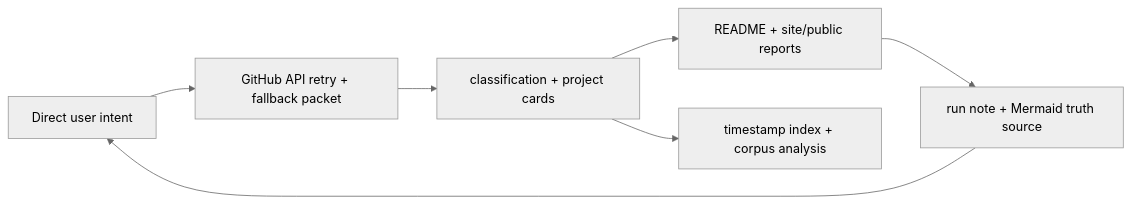
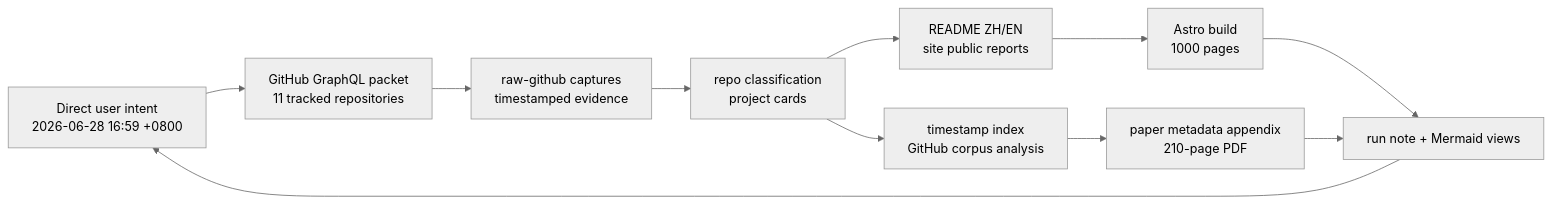
The diagram in .mermaid/current/graph.mmd (Shiyao-Huang/awesome-agent-evolution), drawn with Mermaid (neutral theme) before and after one commit. The commit also changed 54 other files, not shown here.

Commit message:
data: refresh hourly public metadata 2026-06-28 1659

```diff
--- a/.mermaid/current/graph.mmd
+++ b/.mermaid/current/graph.mmd
@@ -1,7 +1,11 @@
 flowchart LR
-  intent["Direct user intent"] --> raw["GitHub API retry + fallback packet"]
-  raw --> processed["classification + project cards"]
-  processed --> public["README + site/public reports"]
-  processed --> indexes["timestamp index + corpus analysis"]
-  public --> note["run note + Mermaid truth source"]
+  intent["Direct user intent<br/>2026-06-28 16:59 +0800"] --> raw["GitHub GraphQL packet<br/>11 tracked repositories"]
+  raw --> captures["raw-github captures<br/>timestamped evidence"]
+  captures --> processed["repo classification<br/>project cards"]
+  processed --> public["README ZH/EN<br/>site public reports"]
+  processed --> indexes["timestamp index<br/>GitHub corpus analysis"]
+  public --> site["Astro build<br/>1000 pages"]
+  indexes --> paper["paper metadata appendix<br/>210-page PDF"]
+  site --> note["run note + Mermaid views"]
+  paper --> note
   note --> intent
```
